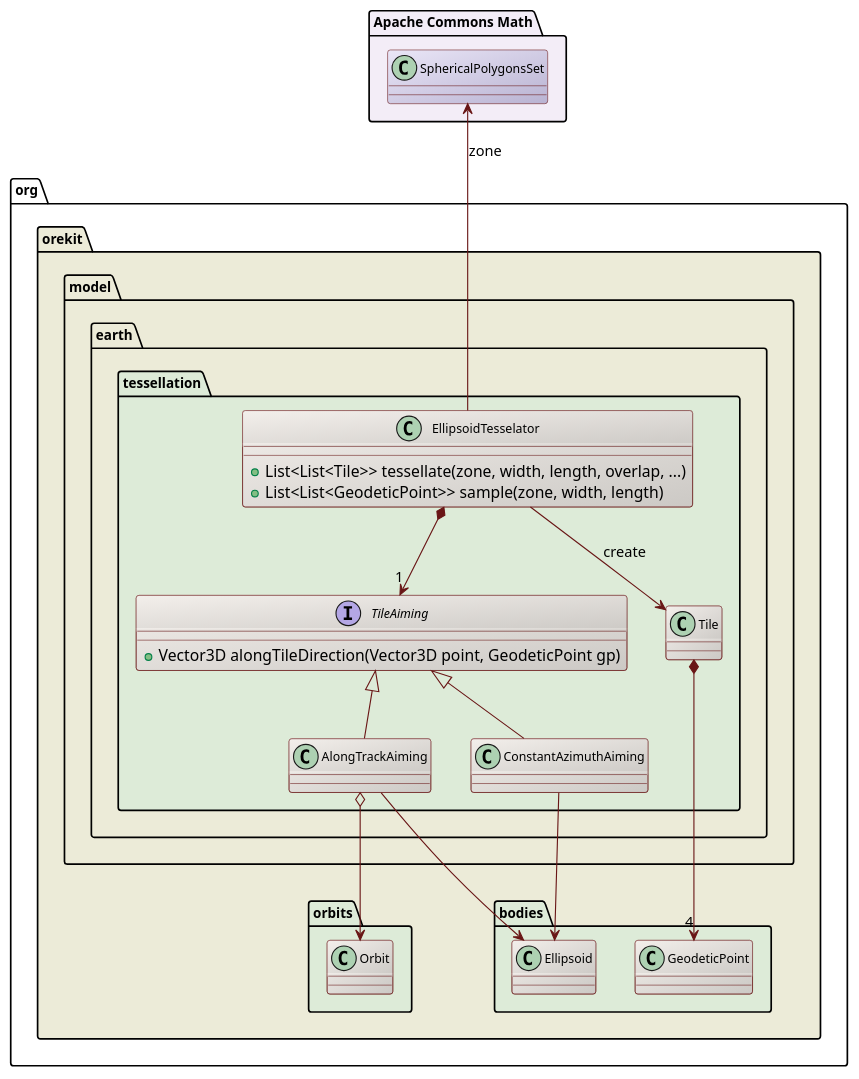
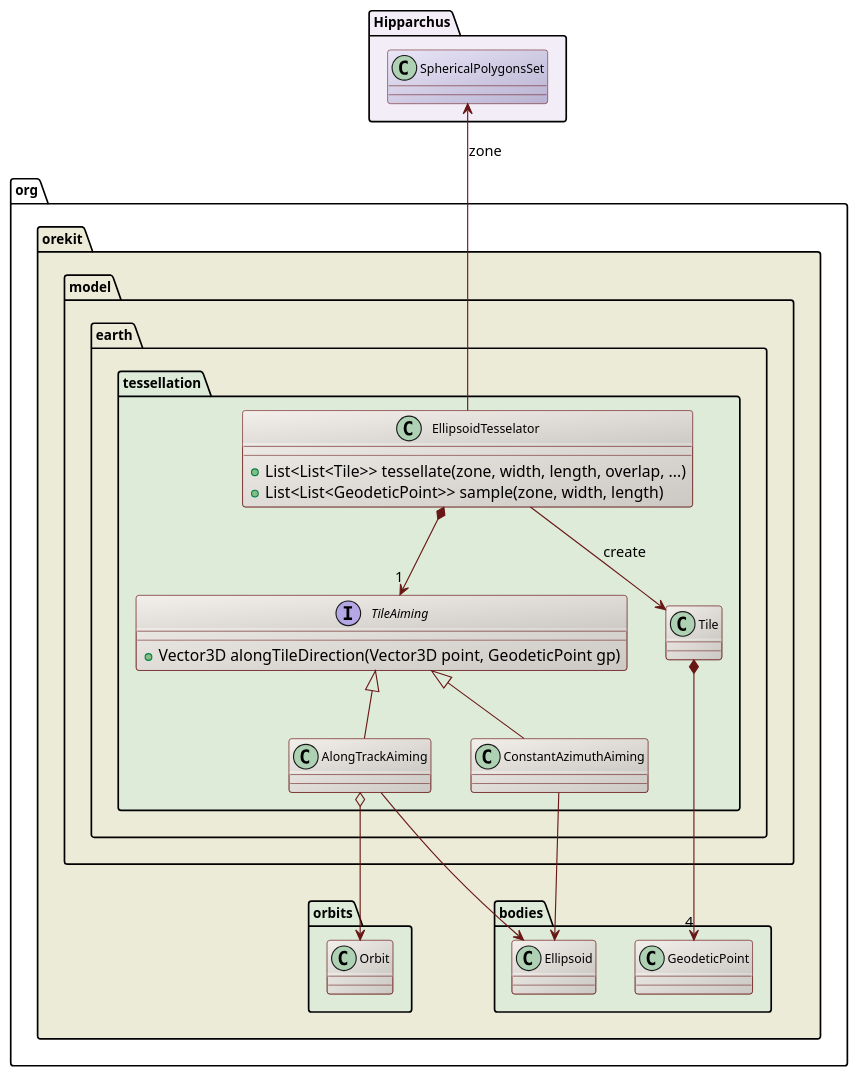
One commit to CS-SI/Orekit changed the diagram in src/design/tessellation-class-diagram.puml. Above: the diagram before and after it, drawn with PlantUML. The commit also changed 519 other files, not shown here.

Commit message:
Switched from Apache Commons Math to Hipparchus.

```diff
--- a/src/design/tessellation-class-diagram.puml
+++ b/src/design/tessellation-class-diagram.puml
@@ -17,58 +17,58 @@
 @startuml
 
   skinparam svek                  true
   skinparam ClassBackgroundColor  #F3EFEB/CCC9C5
   skinparam ClassArrowColor       #691616
   skinparam ClassBorderColor      #691616
   skinparam NoteBackgroundColor   #F3EFEB
   skinparam NoteBorderColor       #691616
   skinparam NoteFontColor         #691616
   skinparam ClassFontSize         11
   skinparam PackageFontSize       12
 
-  package "Apache Commons Math" #F3EDF7 {
+  package "Hipparchus" #F3EDF7 {
     class SphericalPolygonsSet #EAE6F7/B9B3D2
   }
 
   package org.orekit #ECEBD8 {
 
     package model.earth.tessellation #DDEBD8 {
 
       class EllipsoidTesselator {
         +List<List<Tile>> tessellate(zone, width, length, overlap, ...)
         +List<List<GeodeticPoint>> sample(zone, width, length)
       }
 
       interface TileAiming {
         +Vector3D alongTileDirection(Vector3D point, GeodeticPoint gp)
       }
 
       class AlongTrackAiming
       class ConstantAzimuthAiming
 
       class Tile
 
       SphericalPolygonsSet <-- EllipsoidTesselator : zone
       EllipsoidTesselator *--> "1" TileAiming
       EllipsoidTesselator  -->     Tile : create
       TileAiming          <|--     AlongTrackAiming
       TileAiming          <|--     ConstantAzimuthAiming
 
    }
 
     package bodies #DDEBD8 {
       class Ellipsoid
       class GeodeticPoint
       AlongTrackAiming       -->     Ellipsoid
       ConstantAzimuthAiming  -->     Ellipsoid
       Tile                  *--> "4" GeodeticPoint
     }
 
     package orbits #DDEBD8 {
       class Orbit
       AlongTrackAiming o--> Orbit
     }
 
   }
 
 @enduml
```
